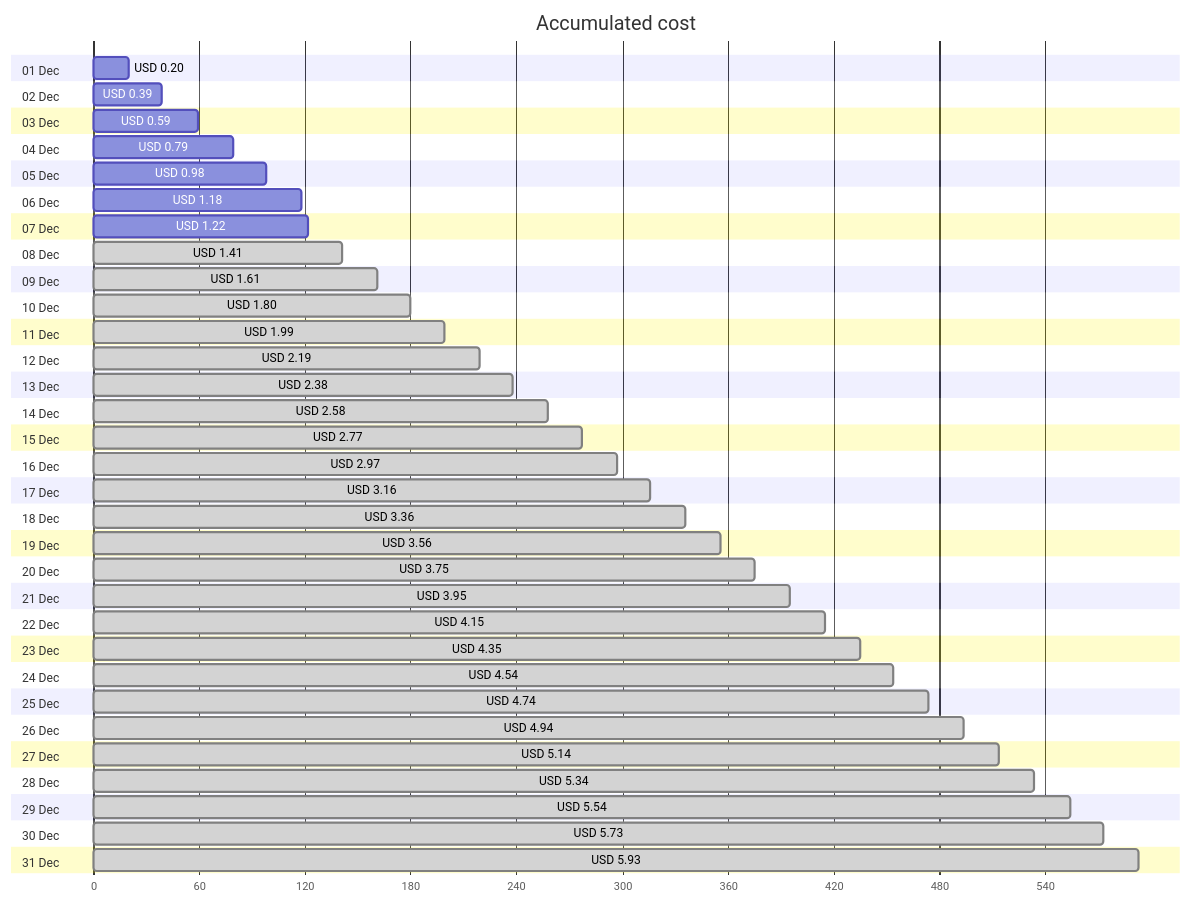
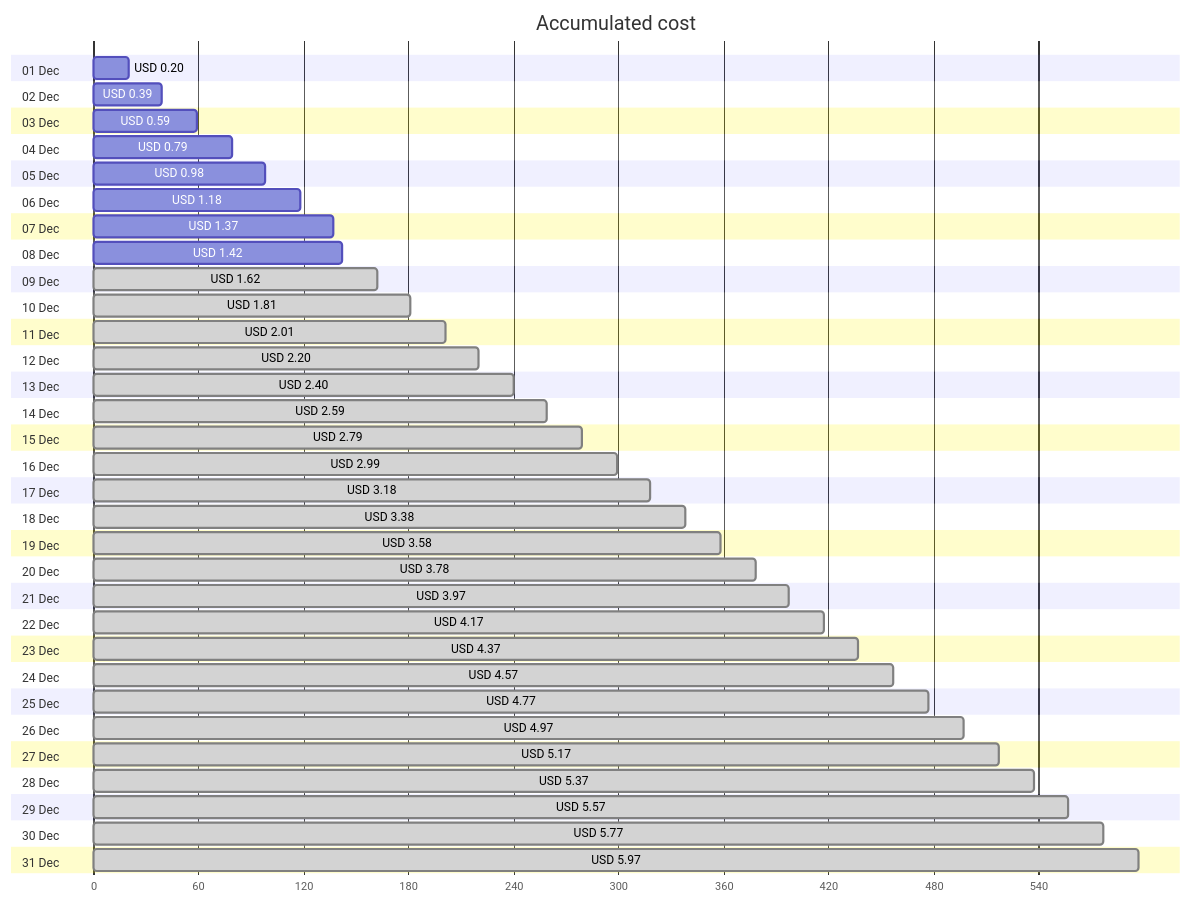
The first of 4 diagrams in cost-reports/personal-network/backup-server.md (jpfulton/azure-personal-reports), drawn with Mermaid before and after one commit. The commit also changed other lines of this file and 8 other files, not shown here.

````diff
--- a/cost-reports/personal-network/backup-server.md
+++ b/cost-reports/personal-network/backup-server.md
@@ -20,68 +20,68 @@
 ```mermaid
 gantt
    title Accumulated cost
    dateFormat  X
    axisFormat %s
    section 01 Dec
    USD 0.20 :0, 20
    section 02 Dec
    USD 0.39 :0, 39
    section 03 Dec
    USD 0.59 :0, 59
    section 04 Dec
    USD 0.79 :0, 79
    section 05 Dec
    USD 0.98 :0, 98
    section 06 Dec
    USD 1.18 :0, 118
    section 07 Dec
-   USD 1.22 :0, 122
+   USD 1.37 :0, 137
    section 08 Dec
-   USD 1.41 : done, 0, 141
+   USD 1.42 :0, 142
    section 09 Dec
-   USD 1.61 : done, 0, 161
+   USD 1.62 : done, 0, 162
    section 10 Dec
-   USD 1.80 : done, 0, 180
+   USD 1.81 : done, 0, 181
    section 11 Dec
-   USD 1.99 : done, 0, 199
+   USD 2.01 : done, 0, 201
    section 12 Dec
-   USD 2.19 : done, 0, 219
+   USD 2.20 : done, 0, 220
    section 13 Dec
-   USD 2.38 : done, 0, 238
+   USD 2.40 : done, 0, 240
    section 14 Dec
-   USD 2.58 : done, 0, 258
+   USD 2.59 : done, 0, 259
    section 15 Dec
-   USD 2.77 : done, 0, 277
+   USD 2.79 : done, 0, 279
    section 16 Dec
-   USD 2.97 : done, 0, 297
+   USD 2.99 : done, 0, 299
    section 17 Dec
-   USD 3.16 : done, 0, 316
+   USD 3.18 : done, 0, 318
    section 18 Dec
-   USD 3.36 : done, 0, 336
+   USD 3.38 : done, 0, 338
    section 19 Dec
-   USD 3.56 : done, 0, 356
+   USD 3.58 : done, 0, 358
    section 20 Dec
-   USD 3.75 : done, 0, 375
+   USD 3.78 : done, 0, 378
    section 21 Dec
-   USD 3.95 : done, 0, 395
+   USD 3.97 : done, 0, 397
    section 22 Dec
-   USD 4.15 : done, 0, 415
+   USD 4.17 : done, 0, 417
    section 23 Dec
-   USD 4.35 : done, 0, 435
+   USD 4.37 : done, 0, 437
    section 24 Dec
-   USD 4.54 : done, 0, 454
+   USD 4.57 : done, 0, 457
    section 25 Dec
-   USD 4.74 : done, 0, 474
+   USD 4.77 : done, 0, 477
    section 26 Dec
-   USD 4.94 : done, 0, 494
+   USD 4.97 : done, 0, 497
    section 27 Dec
-   USD 5.14 : done, 0, 514
+   USD 5.17 : done, 0, 517
    section 28 Dec
-   USD 5.34 : done, 0, 534
+   USD 5.37 : done, 0, 537
    section 29 Dec
-   USD 5.54 : done, 0, 554
+   USD 5.57 : done, 0, 557
    section 30 Dec
-   USD 5.73 : done, 0, 573
+   USD 5.77 : done, 0, 577
    section 31 Dec
-   USD 5.93 : done, 0, 593
+   USD 5.97 : done, 0, 597
 ```
````
